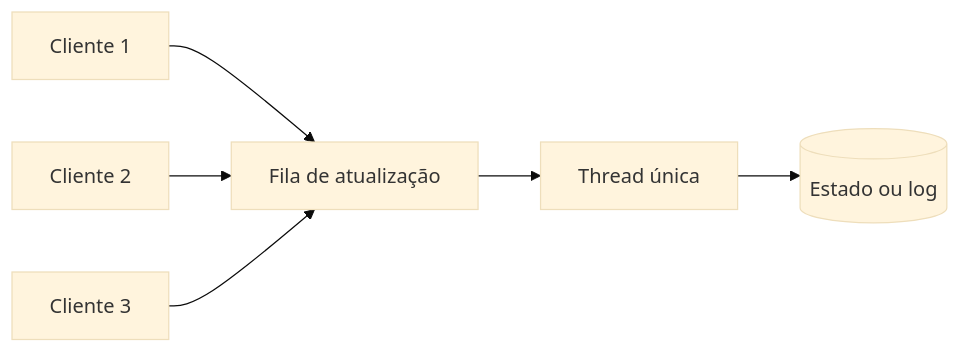
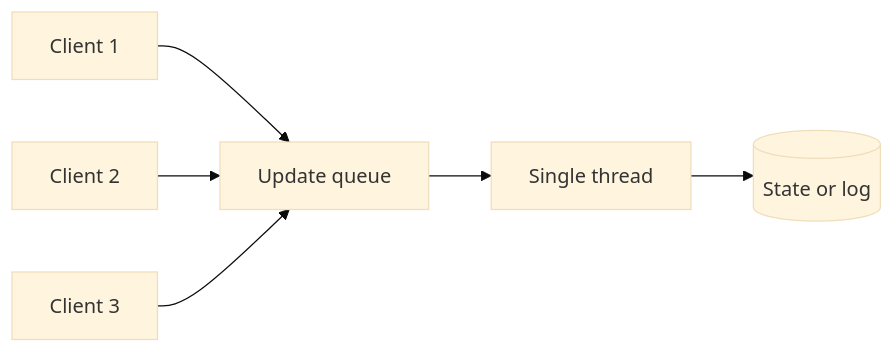
One commit to alancesar/design-patterns changed the diagram in docs/architecture/distributed-systems/data-replication/singular-update-queue.md. Above: the diagram before and after it, drawn with Mermaid (base theme). The commit also changed 258 other files, not shown here.

First line of the commit message:
Translate Mermaid diagrams to English

````diff
--- a/docs/architecture/distributed-systems/data-replication/singular-update-queue.md
+++ b/docs/architecture/distributed-systems/data-replication/singular-update-queue.md
@@ -53,8 +53,8 @@
 ```mermaid
 flowchart LR
-    C1["Cliente 1"] --> Q["Fila de atualização"]
-    C2["Cliente 2"] --> Q
-    C3["Cliente 3"] --> Q
-    Q --> T["Thread única"]
-    T --> S[("Estado ou log")]
+    C1["Client 1"] --> Q["Update queue"]
+    C2["Client 2"] --> Q
+    C3["Client 3"] --> Q
+    Q --> T["Single thread"]
+    T --> S[("State or log")]
 ```
````
